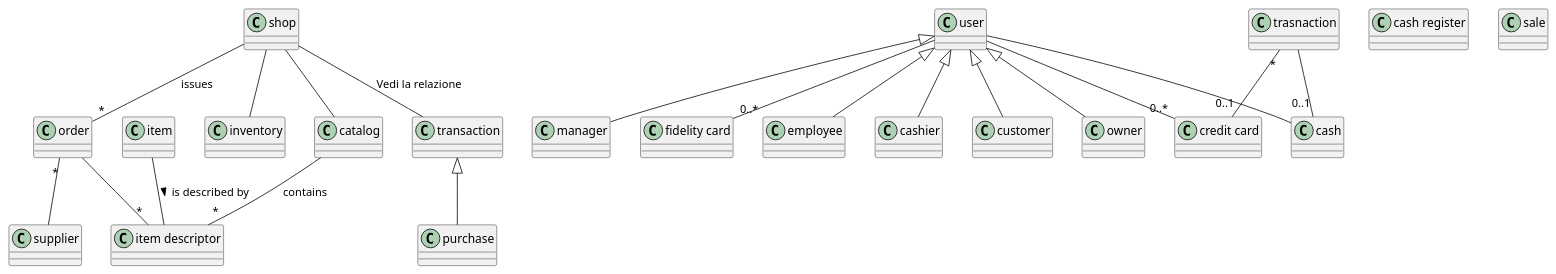
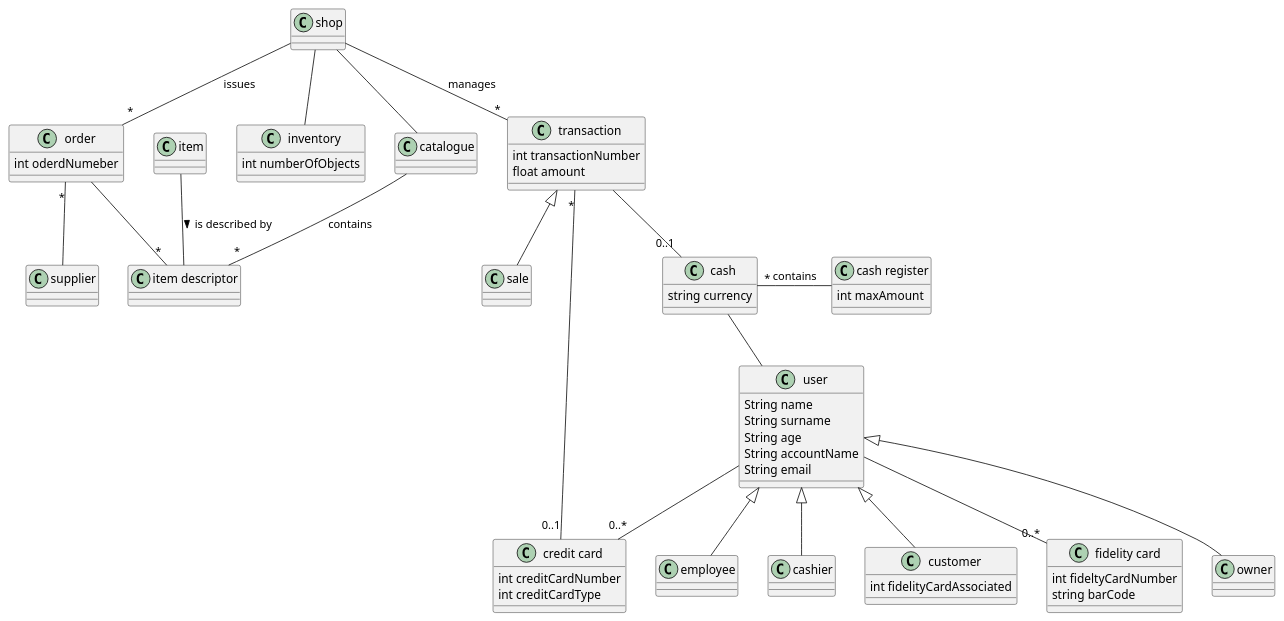
Before and after one commit to Ralls0/ezshop: the diagram in Deliverables/glossary.puml, drawn with PlantUML. The commit also changed 1 other file, not shown here.

Commit message:
Modify glossary and added deployment_diagram

```diff
--- a/Deliverables/glossary.puml
+++ b/Deliverables/glossary.puml
@@ -1,89 +1,101 @@
 @startuml
 class order {
+    int oderdNumeber
 }
 
 class supplier {
 }
 
-class catalog {
+class catalogue {
 }
 
 class shop {
 }
 
 class user {
+    String name
+    String surname
+    String age
+    String accountName
+    String email
 }
 
 class owner {
-}
-
-class manager {
 }
 
 class employee {
 }
 
 class cashier {
 }
 
 class customer {
+    int fidelityCardAssociated
 }
 
 class item {
+    
 }
 
 class "item descriptor" {
 }
 
 class "cash register" {
+    int maxAmount
 }
 
 class sale {
 }
 
 class inventory {
+    int numberOfObjects
 }
 
 class transaction {
+    int transactionNumber
+    float amount
 }
 
 class "credit card" {
+    int creditCardNumber
+    int creditCardType
 }
 
 class cash {
+    string currency
 }
 
 class "fidelity card" {
-}
-
-class purchase {
+    int fideltyCardNumber
+    string barCode
 }
 
 shop -- inventory
-shop -- catalog
+shop -- catalogue
 shop -- "*" order : issues
-shop -- transaction : "Vedi la relazione"
+shop -- "*" transaction : "manages"
 
-transaction <|-- purchase 
+transaction <|-- sale
 
-catalog -- "*" "item descriptor" : contains
+catalogue -- "*" "item descriptor" : contains
 
 order "*" -- supplier
 order -- "*" "item descriptor"
 
 user <|-- owner
-user <|-- manager
 user <|-- cashier
 user <|-- employee
 user <|-- customer
 
 
 user -- "0..*" "fidelity card"
-user -- cash
+user --up cash
 user -- "0..*" "credit card"
 
-trasnaction -- "0..1" cash
-trasnaction "*" -- "0..1" "credit card"
+transaction -- "0..1" cash
+transaction "*" -- "0..1" "credit card"
+
+cash "*" --right "cash register" : contains
 
 item -- "item descriptor" : is described by >
 @enduml
```
